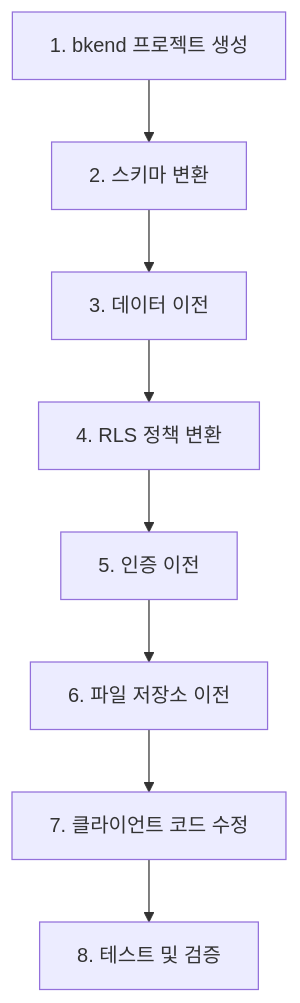
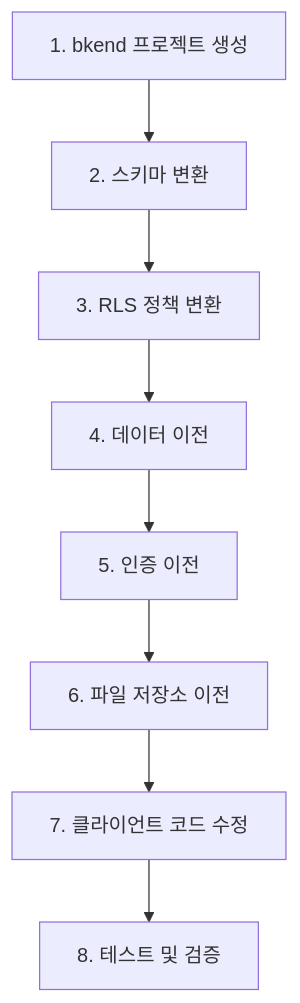
The diagram in ko/guides/03-migration-supabase.md (popup-studio-ai/bkend-docs), drawn with Mermaid before and after one commit. The commit also changed other lines of this file and 186 other files, not shown here.

````diff
--- a/ko/guides/03-migration-supabase.md
+++ b/ko/guides/03-migration-supabase.md
@@ -13,10 +15,10 @@
 ```mermaid
 flowchart TD
     A[1. bkend 프로젝트 생성] --> B[2. 스키마 변환]
-    B --> C[3. 데이터 이전]
-    C --> D[4. RLS 정책 변환]
+    B --> C[3. RLS 정책 변환]
+    C --> D[4. 데이터 이전]
     D --> E[5. 인증 이전]
     E --> F[6. 파일 저장소 이전]
     F --> G[7. 클라이언트 코드 수정]
     G --> H[8. 테스트 및 검증]
 ```
````
